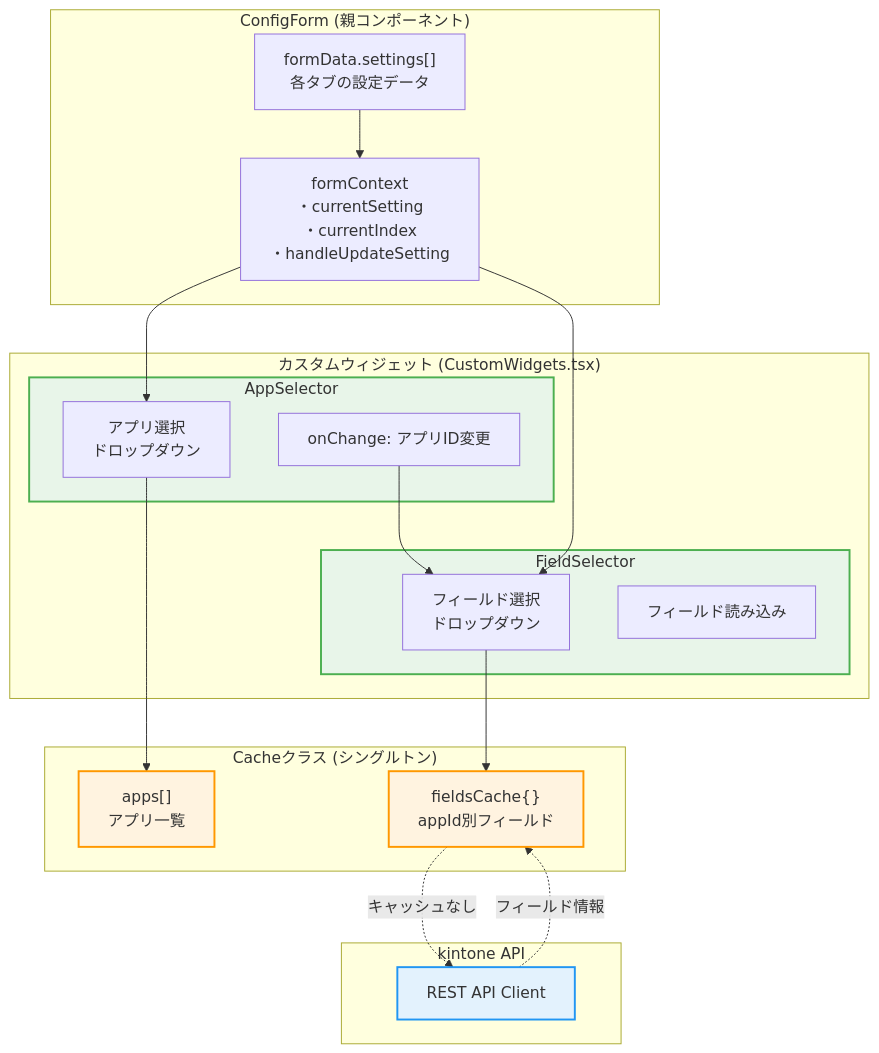
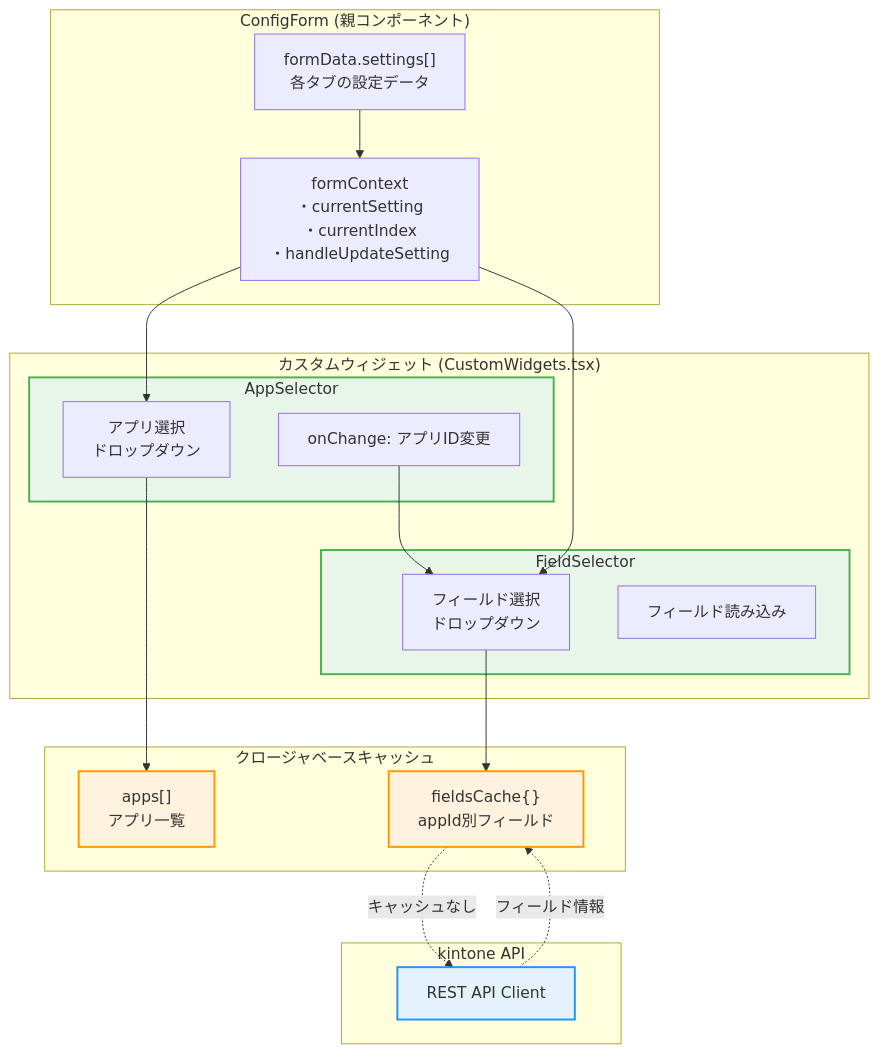
The first of 7 diagrams in docs/dynamic-field-selection.md (okayus/kintone-plugin-template), drawn with Mermaid before and after one commit. The commit also changed other lines of this file and 5 other files, not shown here.

````diff
--- a/docs/dynamic-field-selection.md
+++ b/docs/dynamic-field-selection.md
@@ -14,47 +14,47 @@
 ```mermaid
 graph TB
     subgraph "ConfigForm (親コンポーネント)"
         FormData["formData.settings[]<br/>各タブの設定データ"]
         FormContext["formContext<br/>・currentSetting<br/>・currentIndex<br/>・handleUpdateSetting"]
     end
     
     subgraph "カスタムウィジェット (CustomWidgets.tsx)"
         subgraph "AppSelector"
             AppDropdown["アプリ選択<br/>ドロップダウン"]
             AppChange["onChange: アプリID変更"]
         end
         
         subgraph "FieldSelector"
             FieldDropdown["フィールド選択<br/>ドロップダウン"]
             LoadFields["フィールド読み込み"]
         end
     end
     
-    subgraph "Cacheクラス (シングルトン)"
+    subgraph "クロージャベースキャッシュ"
         AppCache["apps[]<br/>アプリ一覧"]
         FieldCache["fieldsCache{}<br/>appId別フィールド"]
     end
     
     subgraph "kintone API"
         API["REST API Client"]
     end
     
     FormData --> FormContext
     FormContext --> AppDropdown
     FormContext --> FieldDropdown
     
     AppDropdown --> AppCache
     AppChange --> FieldDropdown
     
     FieldDropdown --> FieldCache
     FieldCache -.->|キャッシュなし| API
     API -.->|フィールド情報| FieldCache
     
     classDef widget fill:#e8f5e9,stroke:#4caf50,stroke-width:2px
     classDef cache fill:#fff3e0,stroke:#ff9800,stroke-width:2px
     classDef api fill:#e3f2fd,stroke:#2196f3,stroke-width:2px
     
     class AppSelector,FieldSelector widget
     class AppCache,FieldCache cache
     class API api
 ```
````
